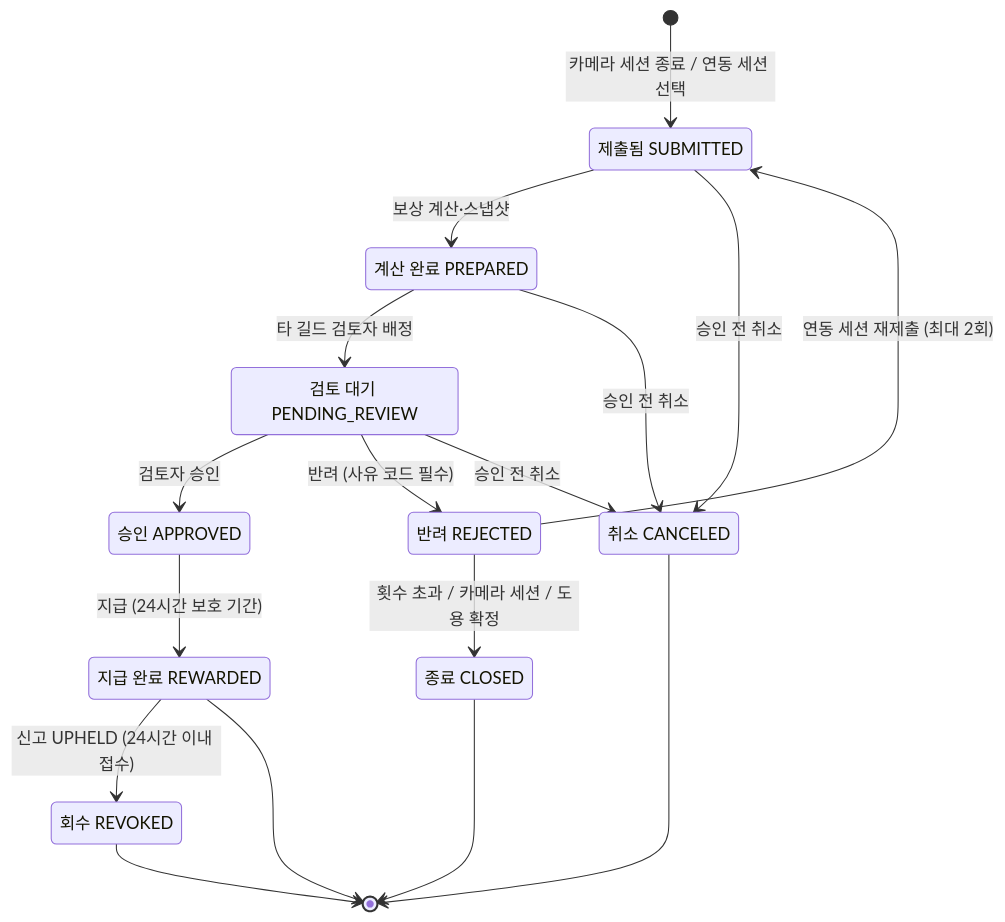
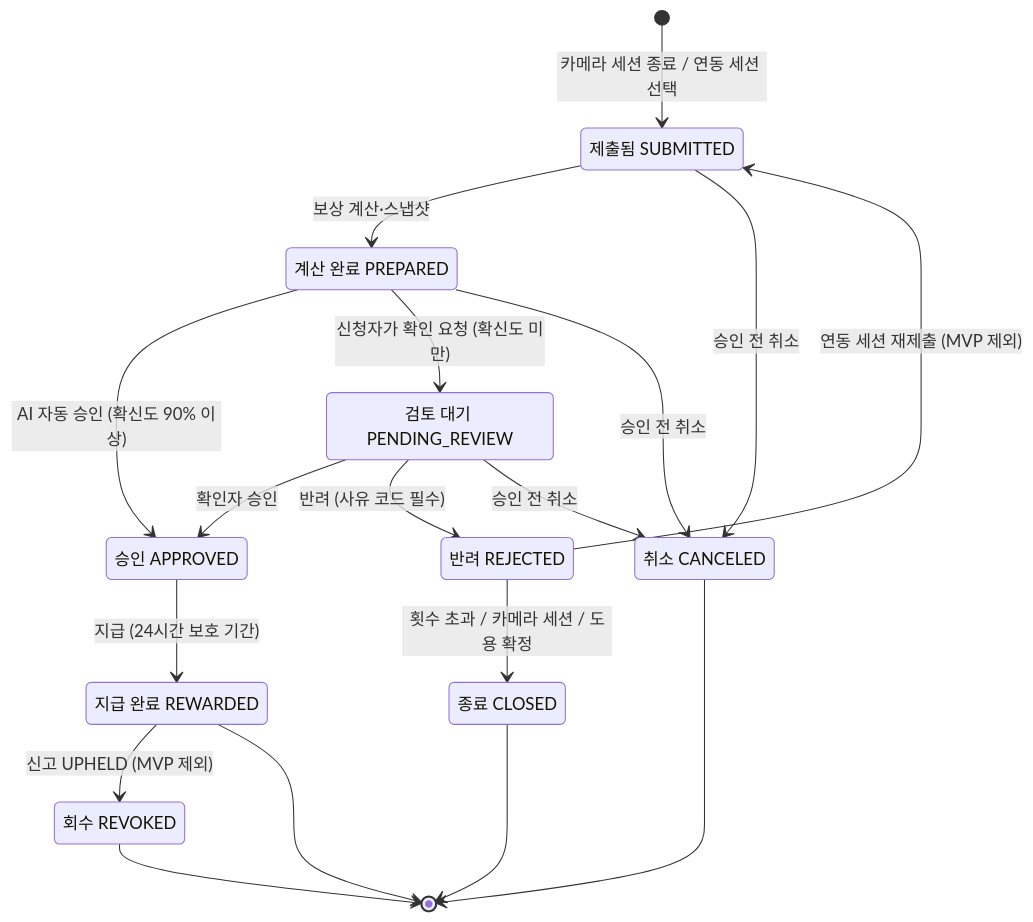
The diagram in docs/domain/03-rules-states-llm.md (AIServiceT2/HealthService_d), drawn with Mermaid before and after one commit. The commit also changed other lines of this file and 8 other files, not shown here.

````diff
--- a/docs/domain/03-rules-states-llm.md
+++ b/docs/domain/03-rules-states-llm.md
@@ -68,29 +69,30 @@
 ```mermaid
 stateDiagram-v2
     state "제출됨 SUBMITTED" as submitted
     state "계산 완료 PREPARED" as prepared
     state "검토 대기 PENDING_REVIEW" as pending
     state "승인 APPROVED" as approved
     state "지급 완료 REWARDED" as rewarded
     state "반려 REJECTED" as rejected
     state "종료 CLOSED" as closed
     state "취소 CANCELED" as canceled
     state "회수 REVOKED" as revoked
 
     [*] --> submitted : 카메라 세션 종료 / 연동 세션 선택
     submitted --> prepared : 보상 계산·스냅샷
-    prepared --> pending : 타 길드 검토자 배정
-    pending --> approved : 검토자 승인
+    prepared --> approved : AI 자동 승인 (확신도 90% 이상)
+    prepared --> pending : 신청자가 확인 요청 (확신도 미만)
+    pending --> approved : 확인자 승인
     approved --> rewarded : 지급 (24시간 보호 기간)
     pending --> rejected : 반려 (사유 코드 필수)
-    rejected --> submitted : 연동 세션 재제출 (최대 2회)
+    rejected --> submitted : 연동 세션 재제출 (MVP 제외)
     rejected --> closed : 횟수 초과 / 카메라 세션 / 도용 확정
     submitted --> canceled : 승인 전 취소
     prepared --> canceled : 승인 전 취소
     pending --> canceled : 승인 전 취소
-    rewarded --> revoked : 신고 UPHELD (24시간 이내 접수)
+    rewarded --> revoked : 신고 UPHELD (MVP 제외)
     rewarded --> [*]
     closed --> [*]
     canceled --> [*]
     revoked --> [*]
 ```
````
